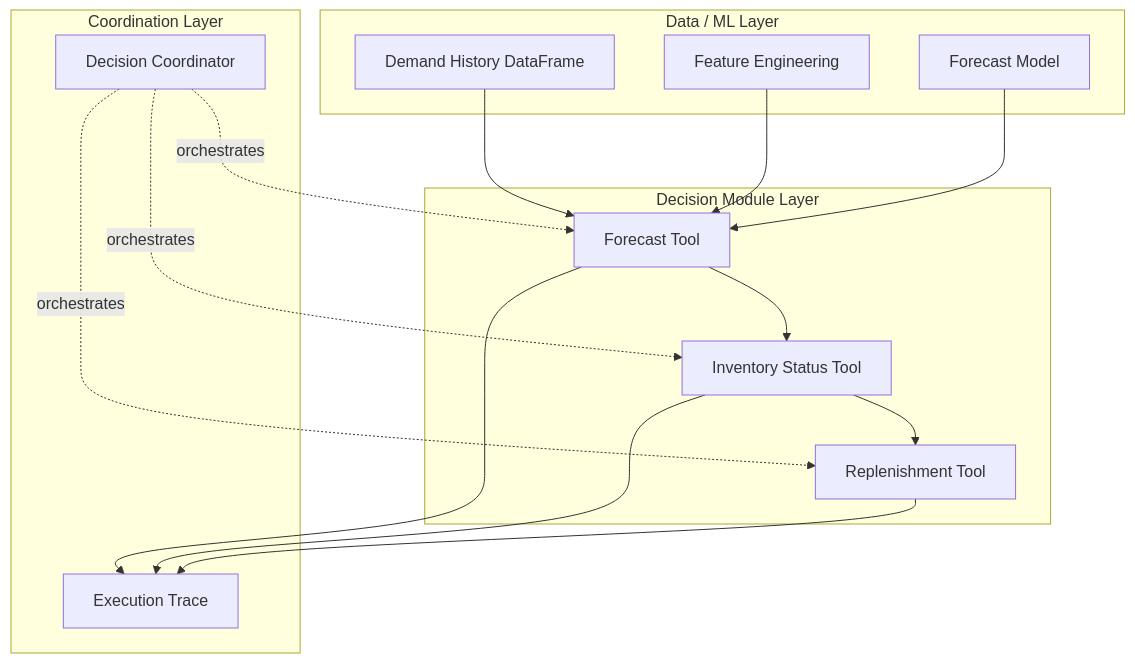
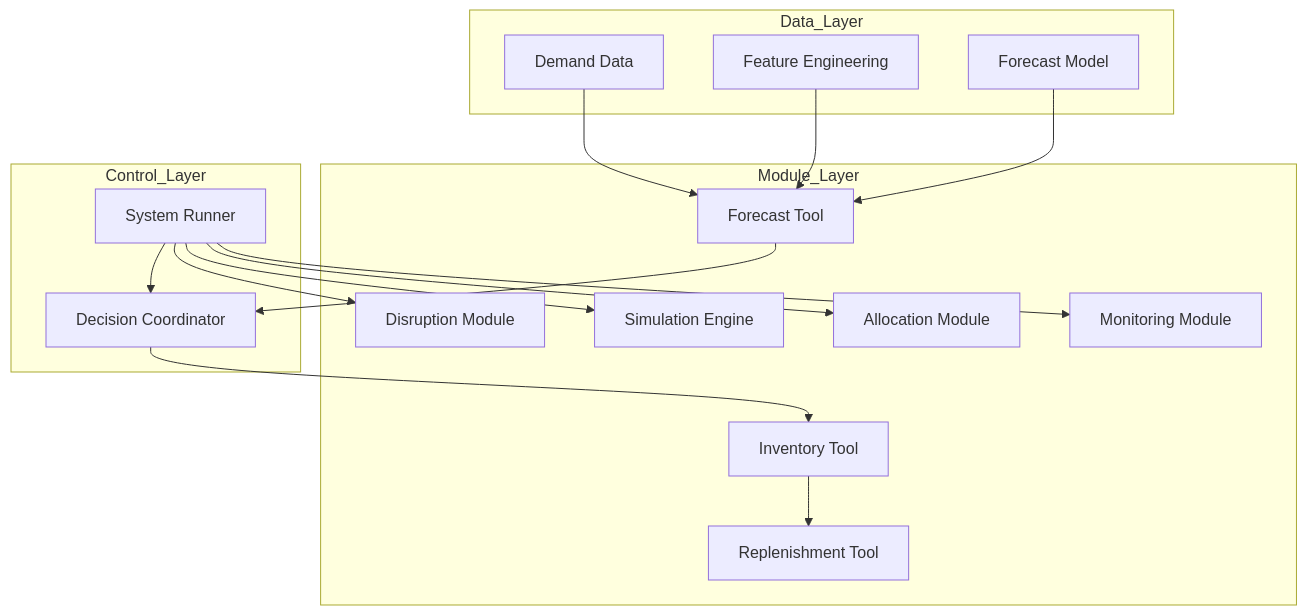
The fifth of 7 diagrams in projects/supply_chain_ai_lab/docs/architecture/01_decision_pipeline.md (Vafamehr/deterministic-llm-system), drawn with Mermaid before and after one commit. The commit also changed other lines of this file and 10 other files, not shown here.

````diff
--- a/projects/supply_chain_ai_lab/docs/architecture/01_decision_pipeline.md
+++ b/projects/supply_chain_ai_lab/docs/architecture/01_decision_pipeline.md
@@ -111,34 +122,36 @@
 ```mermaid
 flowchart TB
-    subgraph Data_Layer[Data / ML Layer]
-        A[Demand History DataFrame]
+    subgraph Data_Layer
+        A[Demand Data]
         B[Feature Engineering]
         C[Forecast Model]
     end
 
-    subgraph Tool_Layer[Decision Module Layer]
+    subgraph Module_Layer
         D[Forecast Tool]
-        E[Inventory Status Tool]
+        E[Inventory Tool]
         F[Replenishment Tool]
+        G[Disruption Module]
+        H[Simulation Engine]
+        I[Allocation Module]
+        J[Monitoring Module]
     end
 
-    subgraph Control_Layer[Coordination Layer]
-        G[Decision Coordinator]
-        H[Execution Trace]
+    subgraph Control_Layer
+        K[Decision Coordinator]
+        L[System Runner]
     end
 
     A --> D
     B --> D
     C --> D
 
-    D --> E
-    E --> F
+    D --> K
+    K --> E --> F
 
-    G -. orchestrates .-> D
-    G -. orchestrates .-> E
-    G -. orchestrates .-> F
-
-    D --> H
-    E --> H
-    F --> H
+    L --> K
+    L --> G
+    L --> H
+    L --> I
+    L --> J
 ```
````
